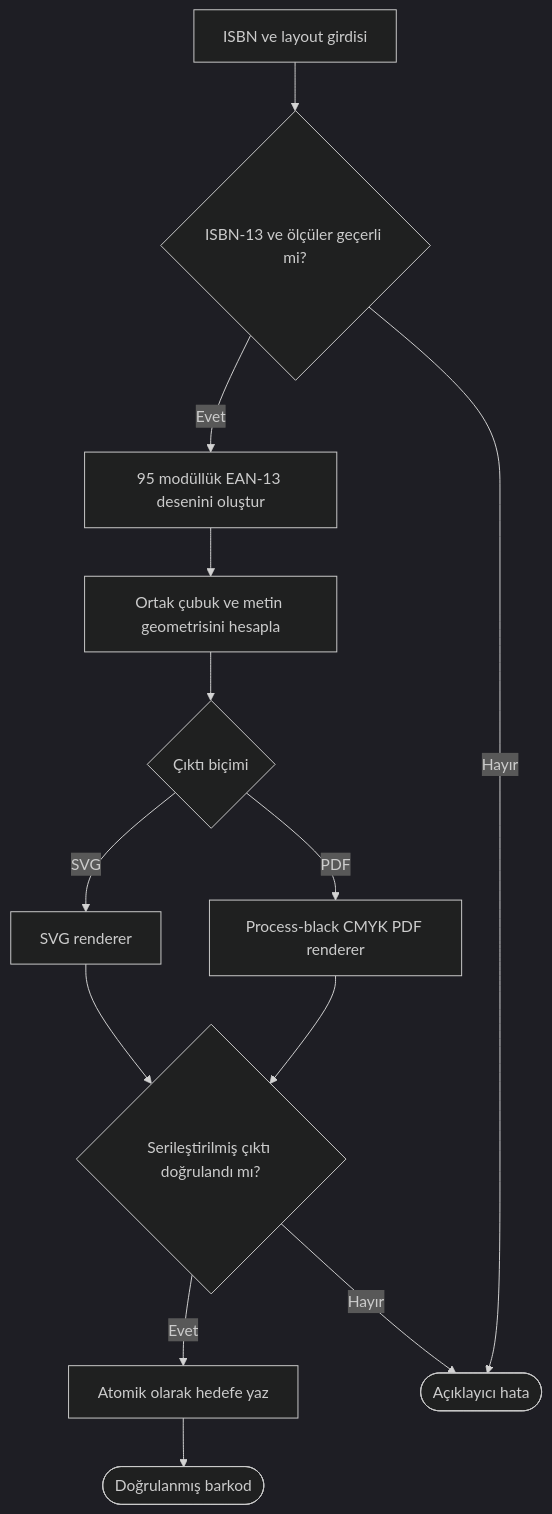
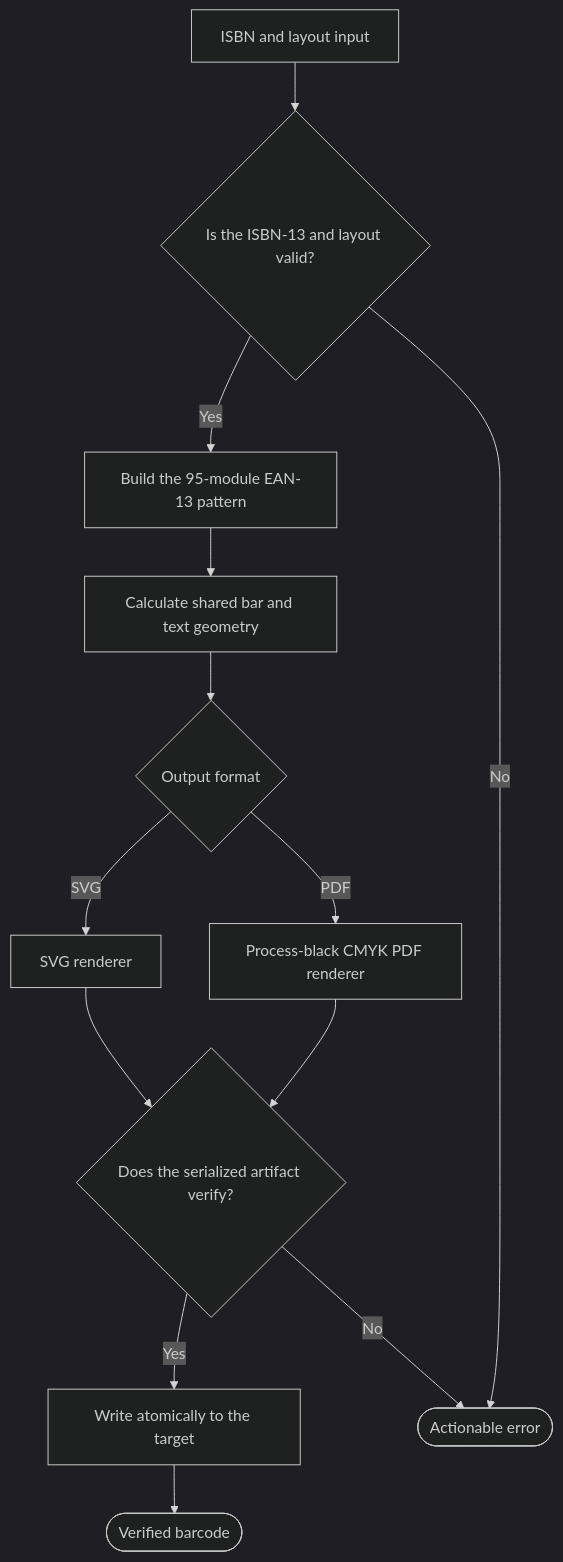
Before and after one commit to Aues12/BookBarcode: the diagram in README.md, drawn with Mermaid (dark theme). The commit also changed other lines of this file and 10 other files, not shown here.

````diff
--- a/README.md
+++ b/README.md
@@ -102,27 +104,27 @@
 ```mermaid
 flowchart TD
-    input["ISBN ve layout girdisi"]
-    validate{"ISBN-13 ve ölçüler geçerli mi?"}
-    encode["95 modüllük EAN-13 desenini oluştur"]
-    geometry["Ortak çubuk ve metin geometrisini hesapla"]
-    format{"Çıktı biçimi"}
+    input["ISBN and layout input"]
+    validate{"Is the ISBN-13 and layout valid?"}
+    encode["Build the 95-module EAN-13 pattern"]
+    geometry["Calculate shared bar and text geometry"]
+    format{"Output format"}
     svg["SVG renderer"]
     pdf["Process-black CMYK PDF renderer"]
-    verify{"Serileştirilmiş çıktı doğrulandı mı?"}
-    write["Atomik olarak hedefe yaz"]
-    ready(["Doğrulanmış barkod"])
-    error(["Açıklayıcı hata"])
+    verify{"Does the serialized artifact verify?"}
+    write["Write atomically to the target"]
+    ready(["Verified barcode"])
+    error(["Actionable error"])
 
     input --> validate
-    validate -->|Evet| encode
-    validate -->|Hayır| error
+    validate -->|Yes| encode
+    validate -->|No| error
     encode --> geometry
     geometry --> format
     format -->|SVG| svg
     format -->|PDF| pdf
     svg --> verify
     pdf --> verify
-    verify -->|Evet| write
-    verify -->|Hayır| error
+    verify -->|Yes| write
+    verify -->|No| error
     write --> ready
 ```
````
